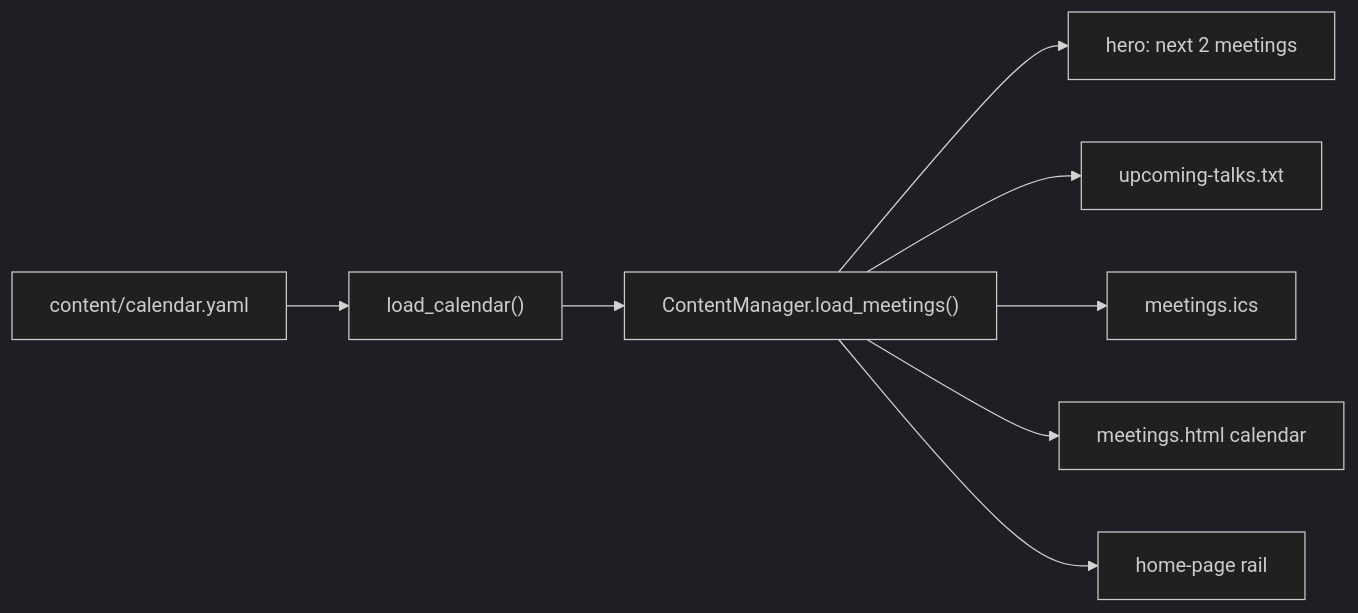
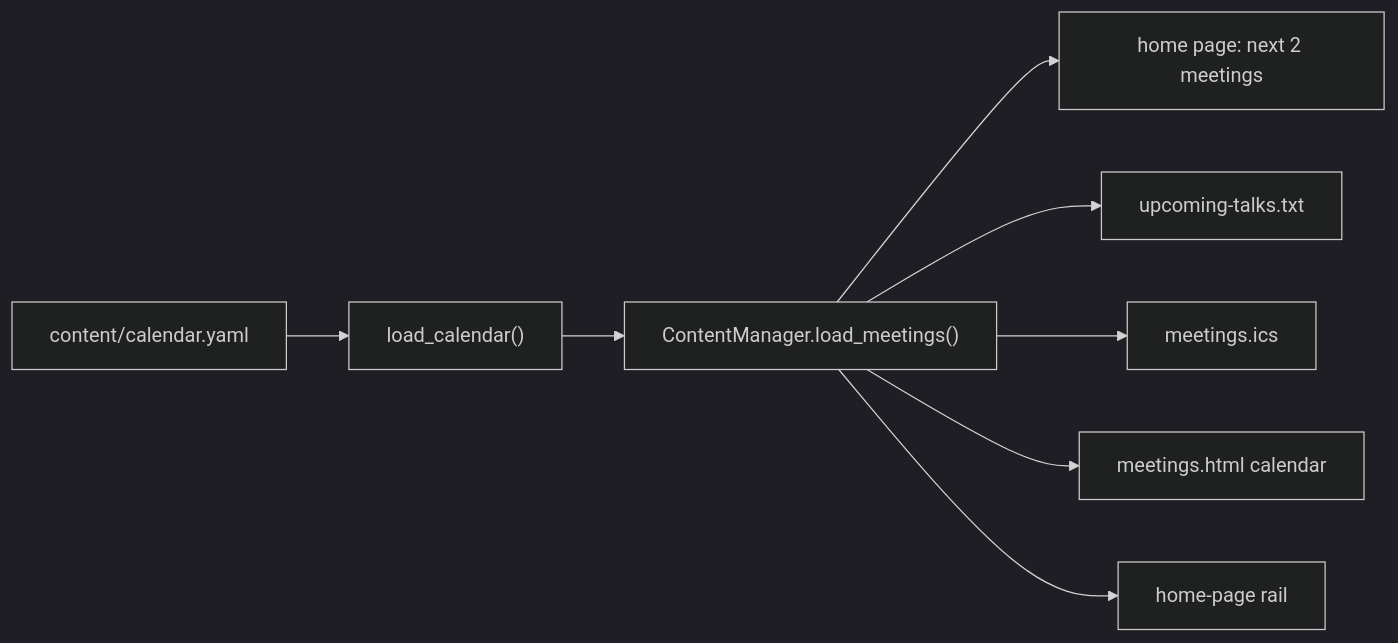
Before and after one commit to Boston-Robot-Hackers/brh-website-2: the diagram in process/01-literate/03-calendar_source.md, drawn with Mermaid (dark theme). The commit also changed other lines of this file and 38 other files, not shown here.

First line of the commit message:
Remove the hero concept and tighten the Meetings header (F23)

````diff
--- a/process/01-literate/03-calendar_source.md
+++ b/process/01-literate/03-calendar_source.md
@@ -22,10 +22,10 @@
 ```mermaid
 flowchart LR
     Y["content/calendar.yaml"] --> L["load_calendar()"]
     L --> CM["ContentManager.load_meetings()"]
-    CM --> H["hero: next 2 meetings"]
+    CM --> H["home page: next 2 meetings"]
     CM --> T["upcoming-talks.txt"]
     CM --> ICS["meetings.ics"]
     CM --> CAL["meetings.html calendar"]
     CM --> RAIL["home-page rail"]
 ```
````
